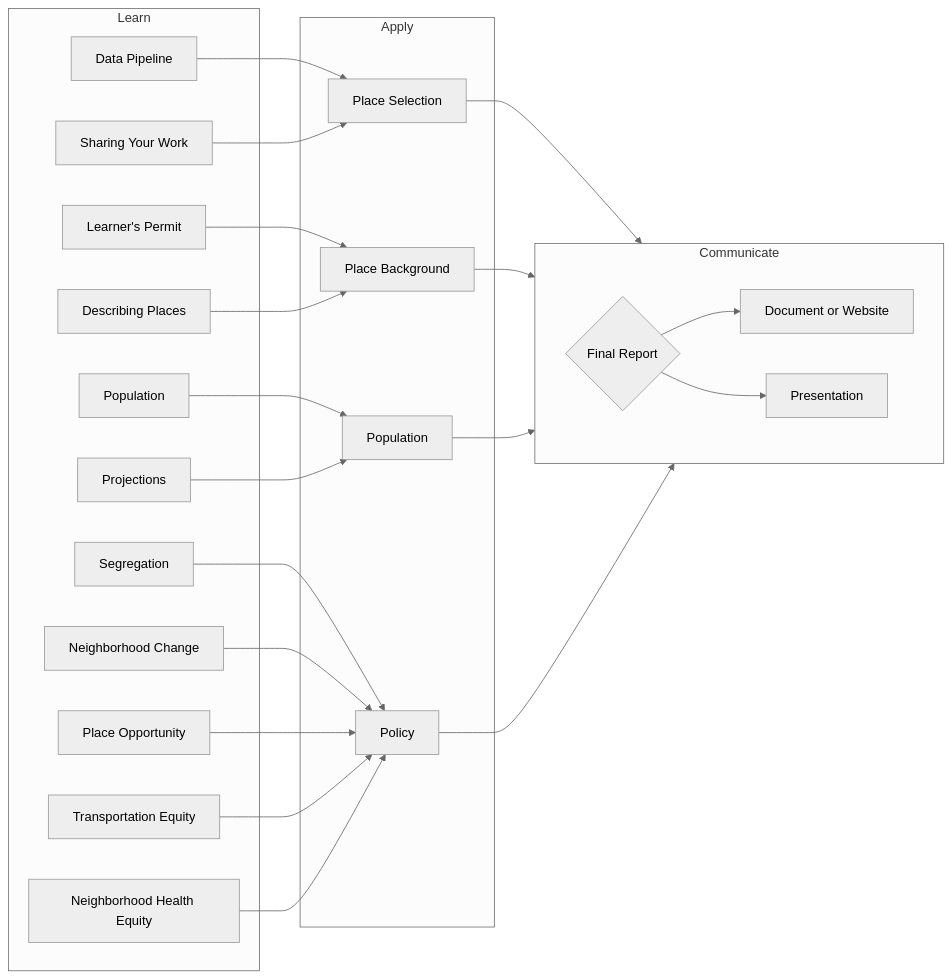
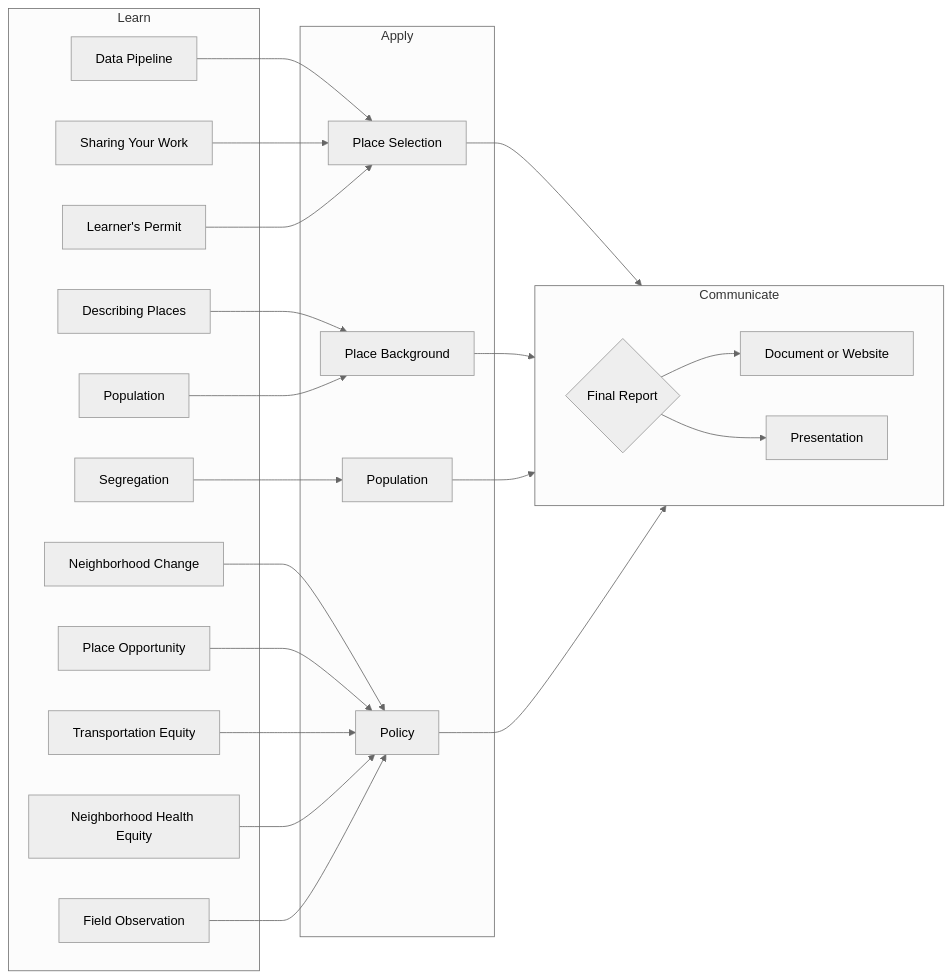
One commit to agreen4/UP570_S24_Website changed the diagram in assignments/index.qmd. Above: the diagram before and after it, drawn with Mermaid (neutral theme). The commit also changed 69 other files, not shown here.

````diff
--- a/assignments/index.qmd
+++ b/assignments/index.qmd
@@ -10,42 +10,42 @@
 ```{mermaid}
 flowchart LR
 
 subgraph Learn
 AA[Data Pipeline]
 AB[Sharing Your Work]
 AC[Learner's Permit]
 AD[Describing Places]
 AE[Population]
-AF[Projections]
-AG[Segregation]
-AH[Neighborhood Change]
-AI[Place Opportunity]
-AJ[Transportation Equity]
-AK[Neighborhood Health Equity]
+AF[Segregation]
+AG[Neighborhood Change]
+AH[Place Opportunity]
+AI[Transportation Equity]
+AJ[Neighborhood Health Equity]
+AK[Field Observation]
 end
 
 subgraph Apply
 
 AA --> B[Place Selection]
 AB --> B
-AC --> C
+AC --> B
 AD --> C[Place Background]
-AE --> D[Population]
-AF --> D
+AE --> C
+AF --> D[Population]
 AG --> E[Policy]
 AH --> E
 AI --> E
 AJ --> E
 AK --> E
 end
 
 subgraph Communicate
   direction LR
 B --> F{Final Report}
 C --> F
 D --> F
 E --> F
 F --> G[Document or Website]
 F --> H[Presentation]
 end
 ```
````
